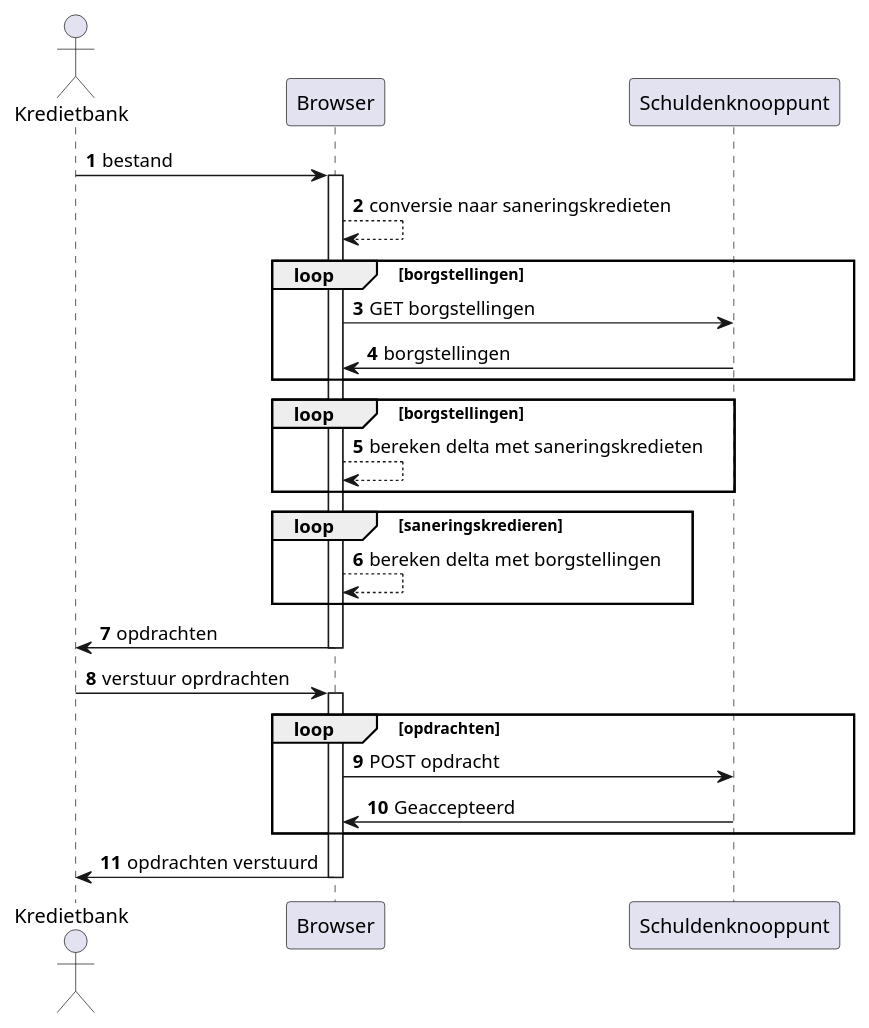
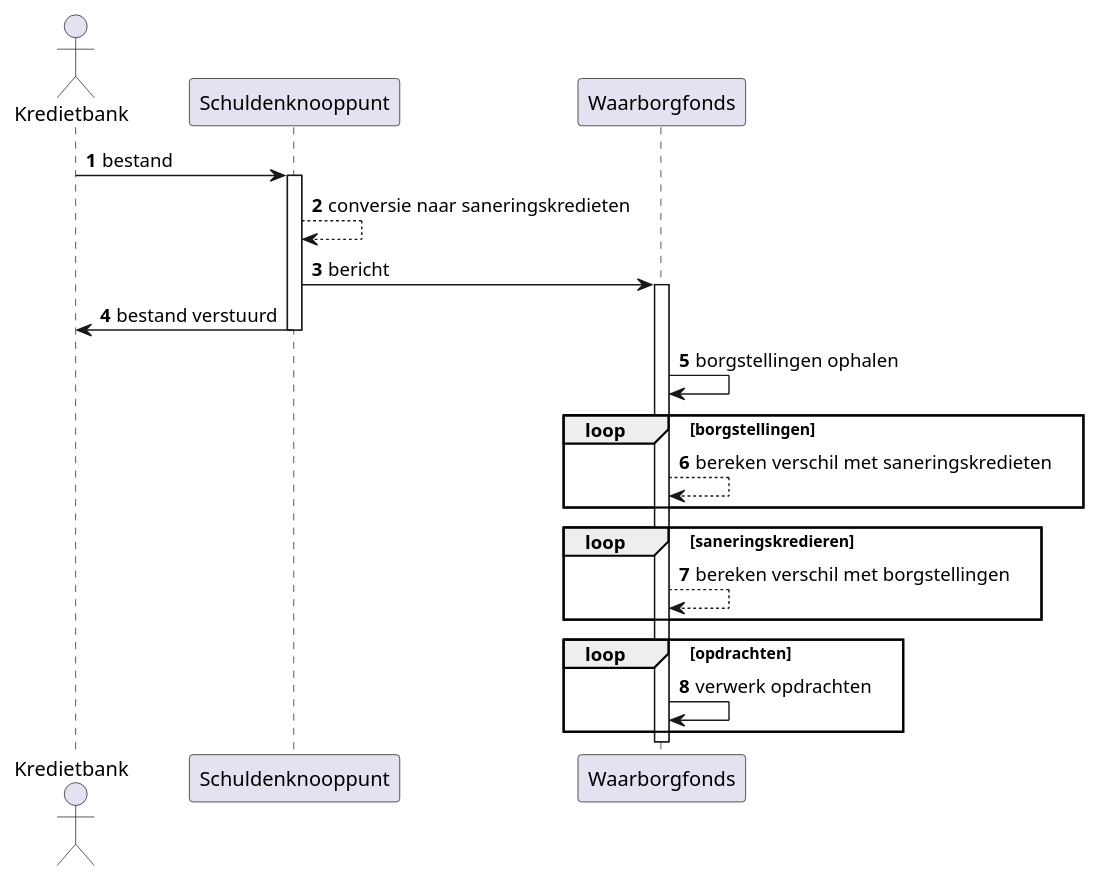
Before and after one commit to sbnnl/documentatie: the diagram in docs/800_adapters/100_handmatig-muteren/sequence-diagram.puml, drawn with PlantUML. The commit also changed 1 other file, not shown here.

```diff
--- a/docs/800_adapters/100_handmatig-muteren/sequence-diagram.puml
+++ b/docs/800_adapters/100_handmatig-muteren/sequence-diagram.puml
@@ -1,45 +1,39 @@
 @startuml
 autonumber
 
 actor Kredietbank as user
-participant "Browser" as browser
-participant "Schuldenknooppunt" as api
+participant "Schuldenknooppunt" as skp
+participant "Waarborgfonds" as wsk
 
-user -> browser : bestand
+user -> skp : bestand
 
-activate browser
+activate skp
 
-browser --> browser : conversie naar saneringskredieten
+skp --> skp : conversie naar saneringskredieten
+
+skp -> wsk : bericht
+
+activate wsk
+
+skp -> user : bestand verstuurd
+
+deactivate skp
+
+
+wsk -> wsk : borgstellingen ophalen
 
 loop borgstellingen
-    browser -> api : GET borgstellingen
-    api -> browser : borgstellingen
-end
-
-
-loop borgstellingen
-    browser --> browser : bereken delta met saneringskredieten
+    wsk --> wsk : bereken verschil met saneringskredieten
 end
 
 loop saneringskredieren
-    browser --> browser : bereken delta met borgstellingen
+    wsk --> wsk : bereken verschil met borgstellingen
 end
 
-browser -> user : opdrachten
-
-deactivate browser
-
-user -> browser : verstuur oprdrachten
-
-activate browser
-
 loop opdrachten
-    browser -> api : POST opdracht
-    api -> browser : Geaccepteerd
+    wsk -> wsk : verwerk opdrachten
 end
 
-browser -> user : opdrachten verstuurd
-
-deactivate browser
+deactivate wsk
 
 @enduml
```
